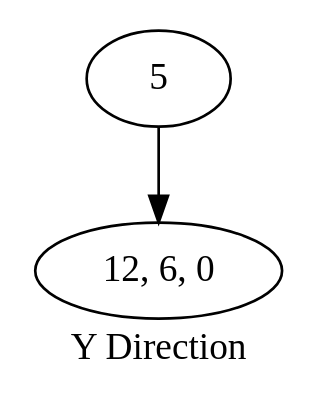
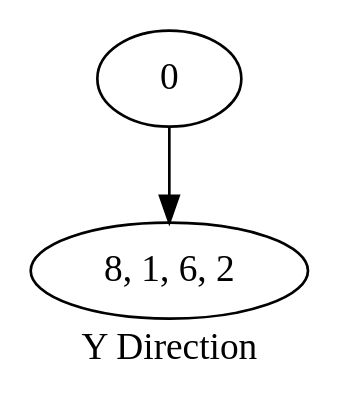
The diagram in cmake-build-debug/tmp_1.dot (KIKI007/FrameInterlock), drawn with Graphviz before and after one commit. The commit also changed 18 other files, not shown here.

```diff
--- a/cmake-build-debug/tmp_1.dot
+++ b/cmake-build-debug/tmp_1.dot
@@ -1,3 +1,3 @@
 digraph {
-label="Y Direction"5 -> "12, 6, 0"
+label="Y Direction"0 -> "8, 1, 6, 2"
 }
```
